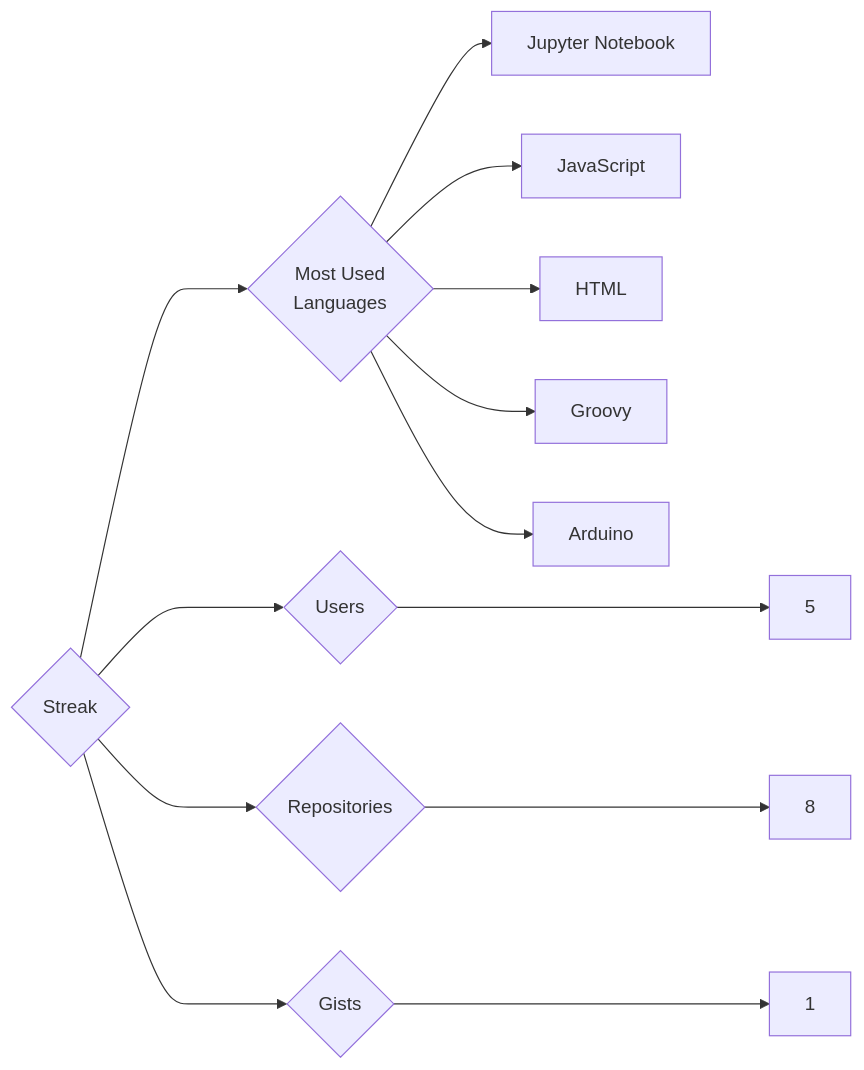
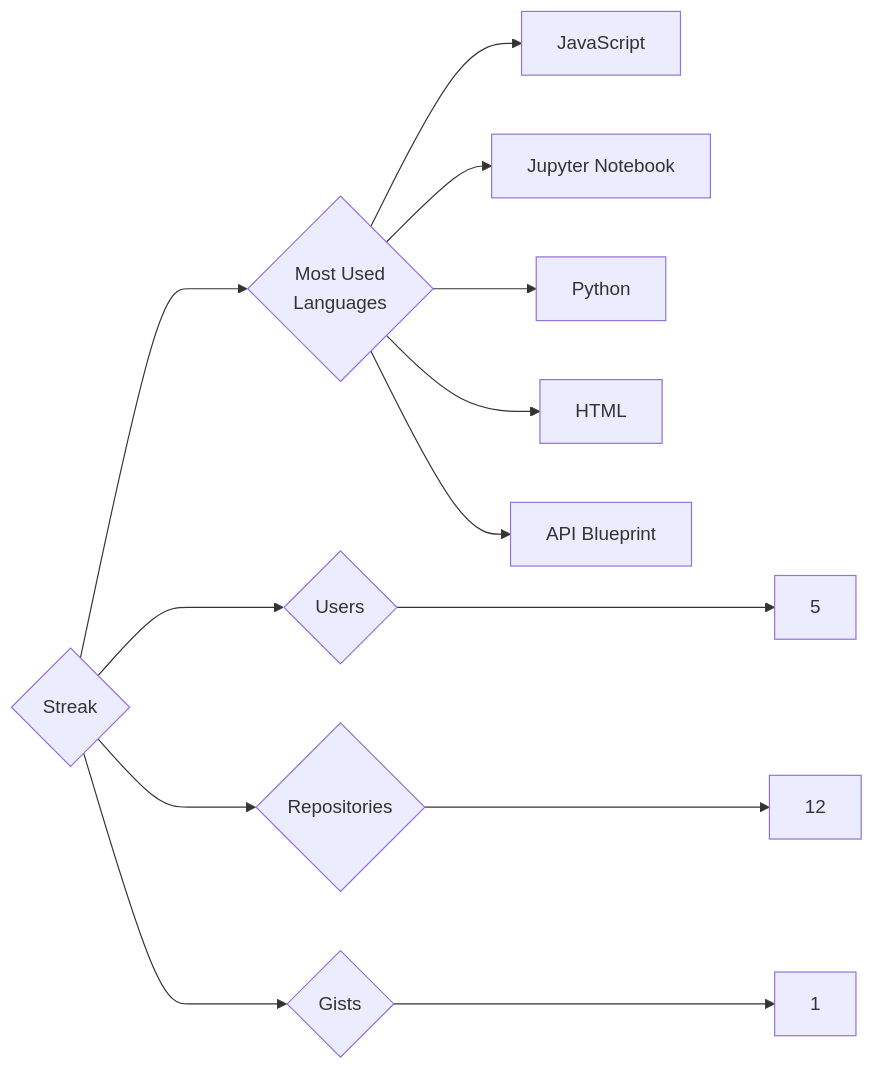
The diagram in targets/Streak/README.md (trickest/insiders), drawn with Mermaid before and after one commit. The commit also changed 886 other files, not shown here.

````diff
--- a/targets/Streak/README.md
+++ b/targets/Streak/README.md
@@ -3,13 +3,13 @@
 ```mermaid
 graph LR
 COMPANY_NAME{Streak}
 COMPANY_NAME ---> U{Users} ---> UN[5]
-COMPANY_NAME ---> R{Repositories} ---> RN[8]
+COMPANY_NAME ---> R{Repositories} ---> RN[12]
 COMPANY_NAME ---> G{Gists} ---> GN[1]
 COMPANY_NAME ---> ML{Most Used<br>Languages}
+ML --> JavaScript[JavaScript]
 ML --> Jupyter_Notebook[Jupyter Notebook]
-ML --> JavaScript[JavaScript]
+ML --> Python[Python]
 ML --> HTML[HTML]
-ML --> Groovy[Groovy]
-ML --> Arduino[Arduino]
+ML --> API_Blueprint[API Blueprint]
 ```
````
